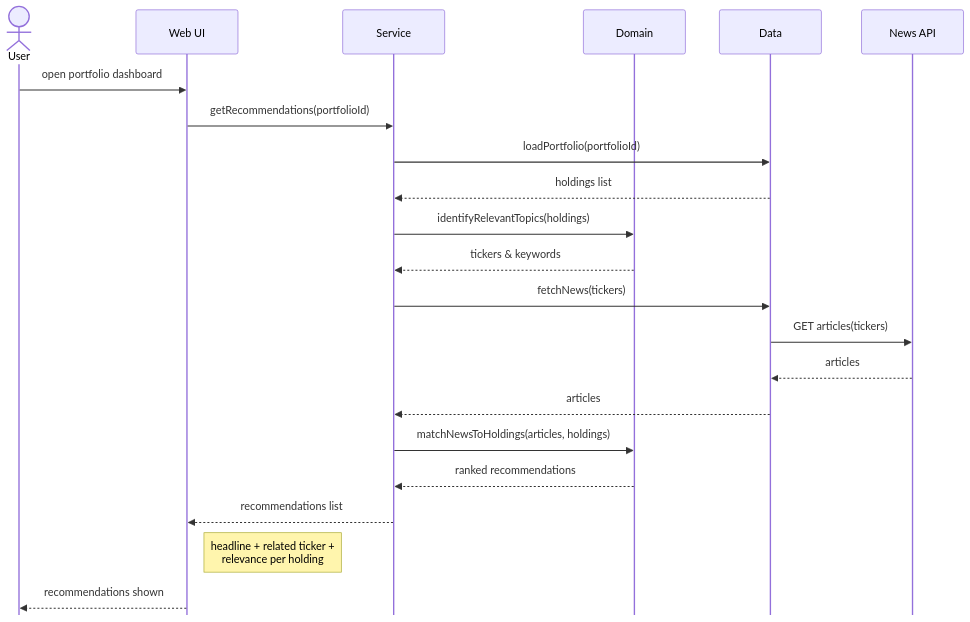
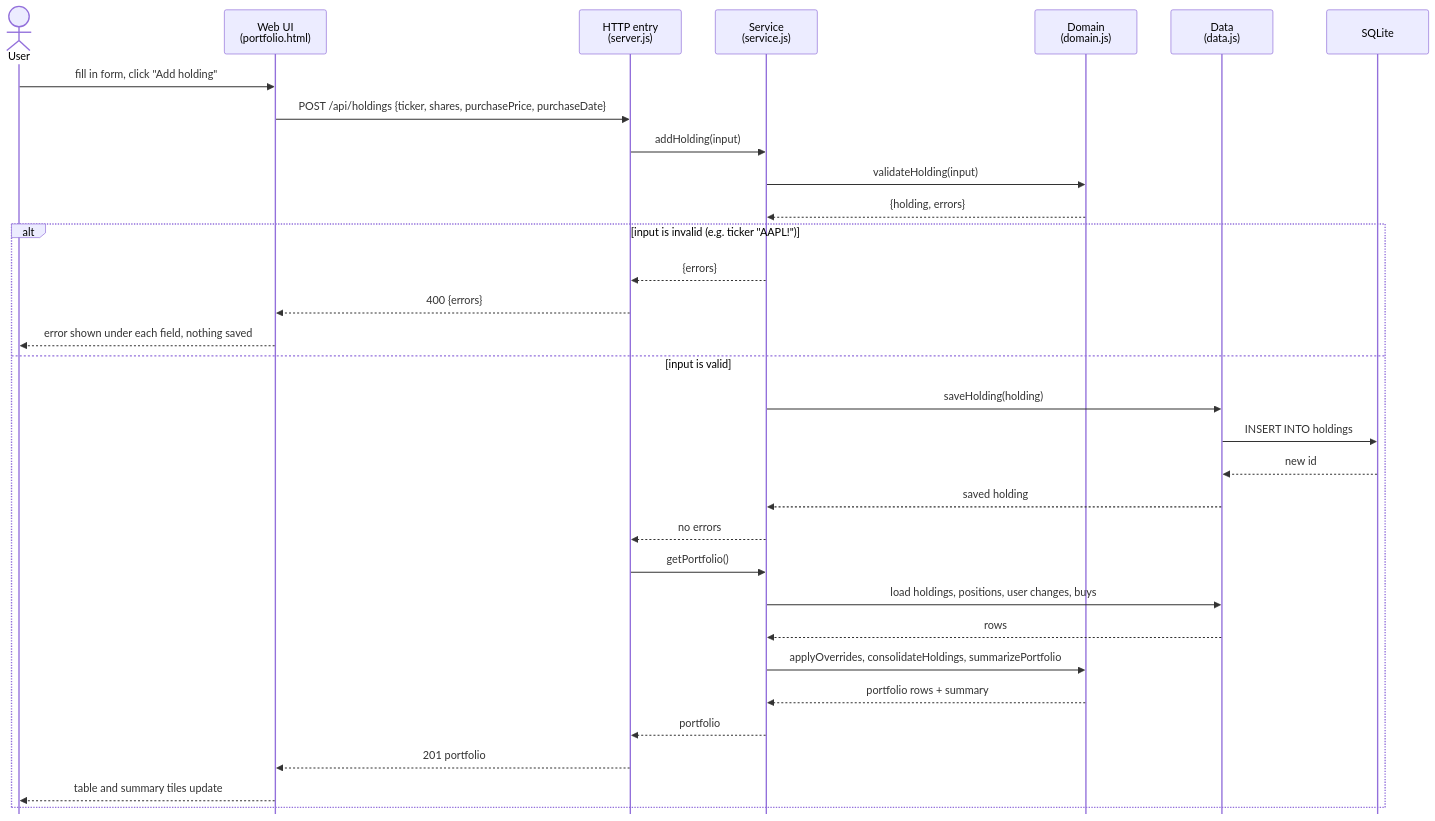
Before and after one commit to dquin144/cen5064-project-quinones: the fourth of 4 diagrams in README.md, drawn with Mermaid. The commit also changed other lines of this file and 2 other files, not shown here.

First line of the commit message:
Bring README and ADRs up to date for the midterm

````diff
--- a/README.md
+++ b/README.md
@@ -139,26 +232,36 @@
 ```mermaid
-%%{init: {'sequence': {'messageMargin': 45, 'mirrorActors': false, 'boxMargin': 15}}}%%
+%%{init: {'sequence': {'messageMargin': 35, 'mirrorActors': false, 'boxMargin': 10}}}%%
 sequenceDiagram
     actor U as User
-    participant UI as Web UI
-    participant S as Service
-    participant Dom as Domain
-    participant D as Data
-    participant N as News API
- 
-    U->>UI: open portfolio dashboard
-    UI->>S: getRecommendations(portfolioId)
-    S->>D: loadPortfolio(portfolioId)
-    D-->>S: holdings list
-    S->>Dom: identifyRelevantTopics(holdings)
-    Dom-->>S: tickers & keywords
-    S->>D: fetchNews(tickers)
-    D->>N: GET articles(tickers)
-    N-->>D: articles
-    D-->>S: articles
-    S->>Dom: matchNewsToHoldings(articles, holdings)
-    Dom-->>S: ranked recommendations
-    S-->>UI: recommendations list
-    Note right of UI: headline + related ticker +<br/>relevance per holding
-    UI-->>U: recommendations shown
+    participant UI as Web UI<br/>(portfolio.html)
+    participant H as HTTP entry<br/>(server.js)
+    participant S as Service<br/>(service.js)
+    participant Dom as Domain<br/>(domain.js)
+    participant D as Data<br/>(data.js)
+    participant DB as SQLite
+
+    U->>UI: fill in form, click "Add holding"
+    UI->>H: POST /api/holdings {ticker, shares, purchasePrice, purchaseDate}
+    H->>S: addHolding(input)
+    S->>Dom: validateHolding(input)
+    Dom-->>S: {holding, errors}
+    alt input is invalid (e.g. ticker "AAPL!")
+        S-->>H: {errors}
+        H-->>UI: 400 {errors}
+        UI-->>U: error shown under each field, nothing saved
+    else input is valid
+        S->>D: saveHolding(holding)
+        D->>DB: INSERT INTO holdings
+        DB-->>D: new id
+        D-->>S: saved holding
+        S-->>H: no errors
+        H->>S: getPortfolio()
+        S->>D: load holdings, positions, user changes, buys
+        D-->>S: rows
+        S->>Dom: applyOverrides, consolidateHoldings, summarizePortfolio
+        Dom-->>S: portfolio rows + summary
+        S-->>H: portfolio
+        H-->>UI: 201 portfolio
+        UI-->>U: table and summary tiles update
+    end
 ```
````
